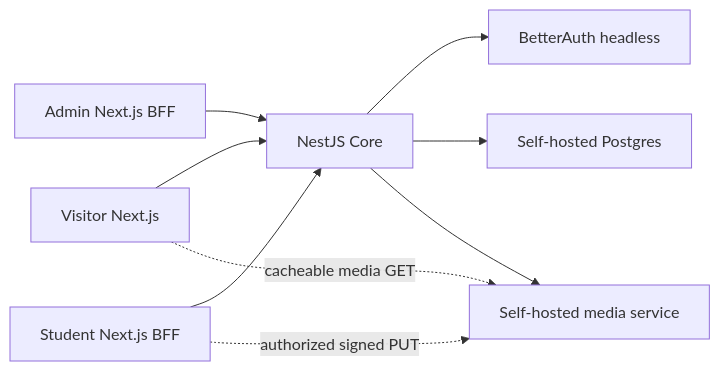
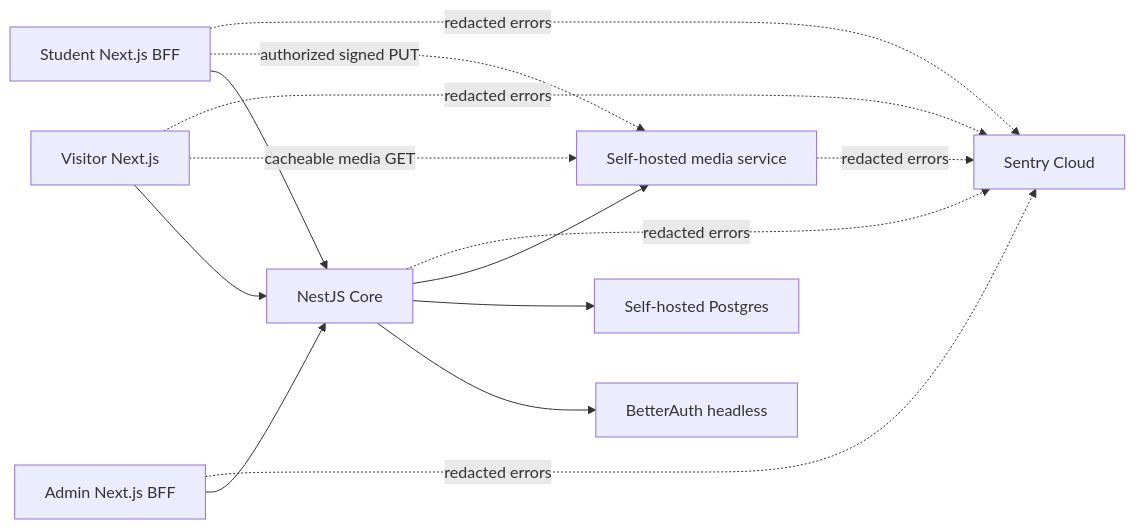
One commit to csi-spu/showcase changed the diagram in docs/architecture.md. Above: the diagram before and after it, drawn with Mermaid. The commit also changed other lines of this file and 90 other files, not shown here.

````diff
--- a/docs/architecture.md
+++ b/docs/architecture.md
@@ -5,11 +5,16 @@
 ```mermaid
 flowchart LR
   Visitor[Visitor Next.js] --> Core[NestJS Core]
   Admin[Admin Next.js BFF] --> Core
   Student[Student Next.js BFF] --> Core
   Core --> Auth[BetterAuth headless]
   Core --> DB[Self-hosted Postgres]
   Core --> Media[Self-hosted media service]
   Student -. authorized signed PUT .-> Media
   Visitor -. cacheable media GET .-> Media
+  Visitor -. redacted errors .-> Sentry[Sentry Cloud]
+  Admin -. redacted errors .-> Sentry
+  Student -. redacted errors .-> Sentry
+  Core -. redacted errors .-> Sentry
+  Media -. redacted errors .-> Sentry
 ```
````
